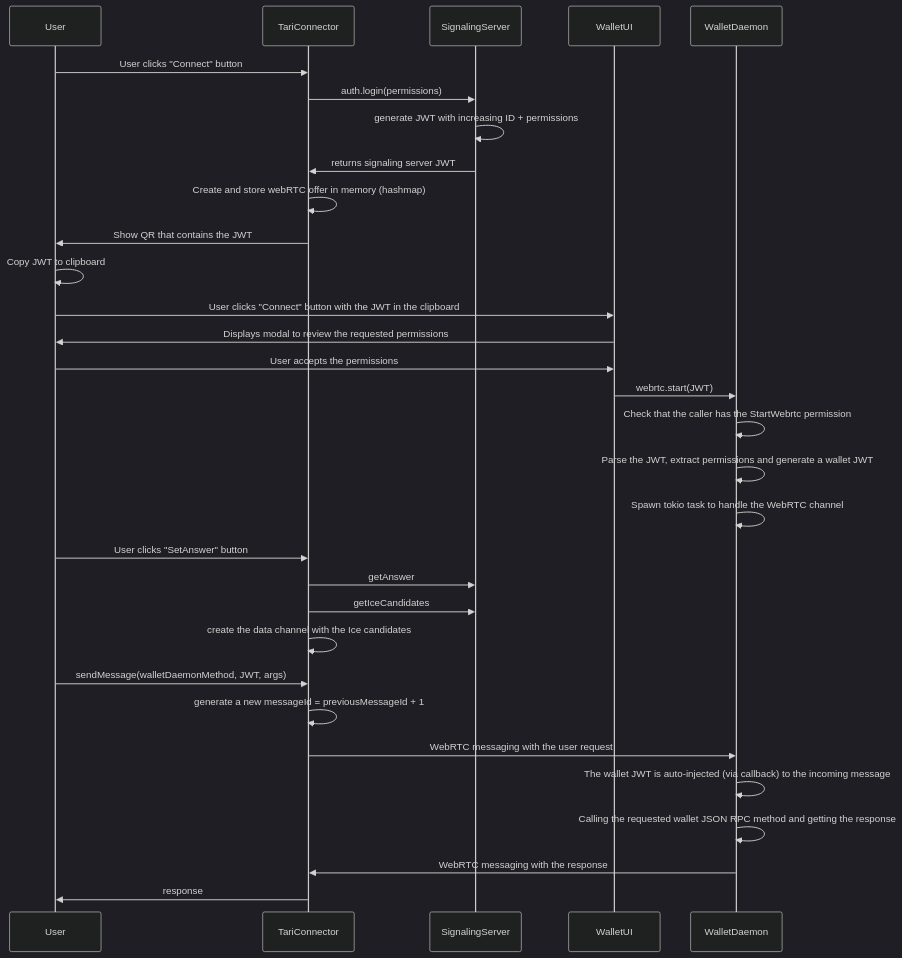
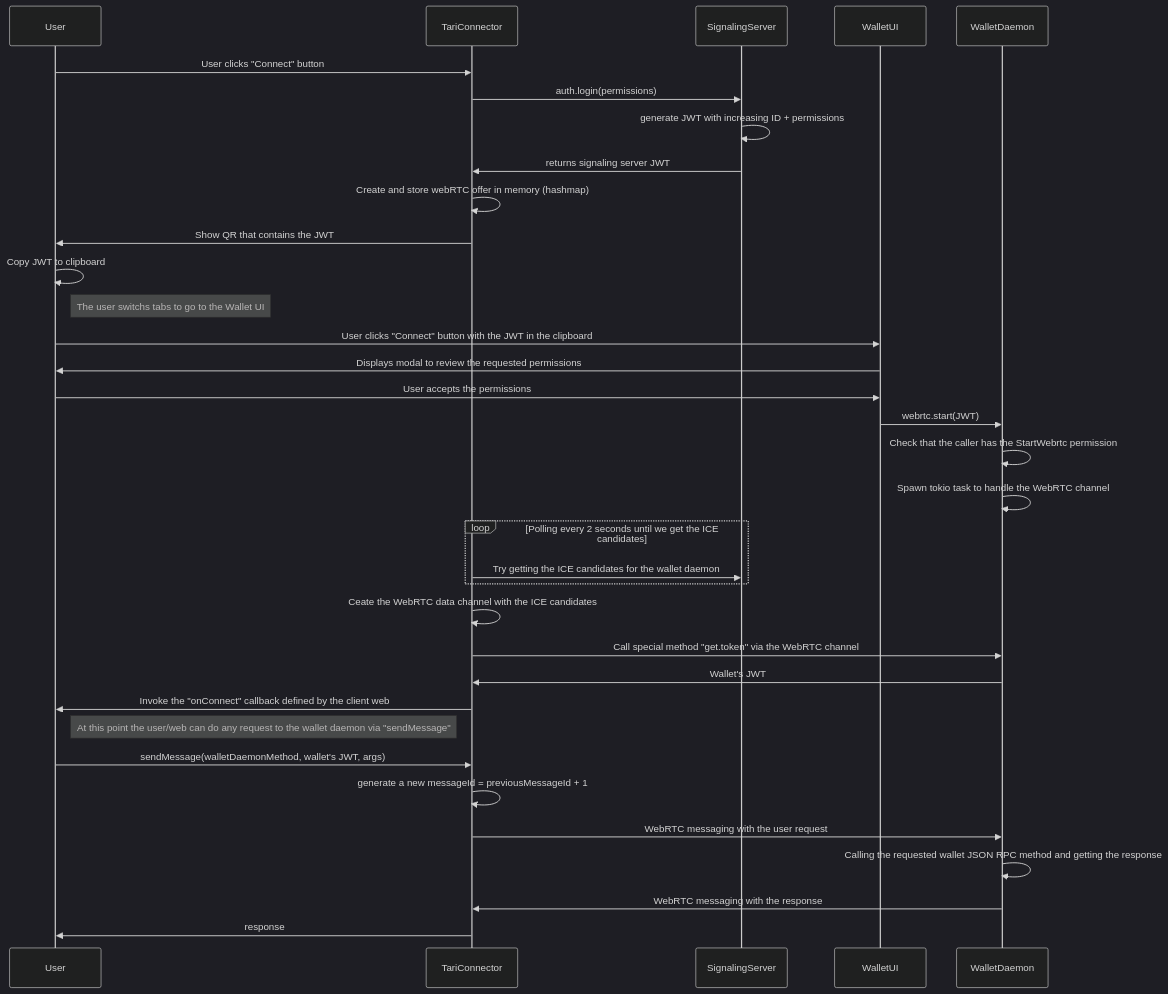
The diagram in docs/wallet_sequence_diagram.md (tari-project/tari-dan), drawn with Mermaid (dark theme) before and after one commit.

Commit message:
docs: adapt web-wallet diagram to tari-connector changes (#696)
Description
---
Updated the web-wallet sequence diagram to reflect the latest
`tari-connector` changes

Motivation and Context
---
Recently there has been some major changes to the way `tari-connector`
operates:
* https://github.com/tari-project/tari-connector/pull/9
* https://github.com/tari-project/tari-connector/pull/10

The goal of this PR is to update the sequence diagram of the web-wallet
interaction to reflect the new flow.

How Has This Been Tested?
---
Testing does not apply

What process can a PR reviewer use to test or verify this change?
---
Check that the sequence diagram is accurate

Breaking Changes
---
- [x] None
- [ ] Requires data directory to be deleted
- [ ] Other - Please specify

````diff
--- a/docs/wallet_sequence_diagram.md
+++ b/docs/wallet_sequence_diagram.md
@@ -3,37 +3,42 @@
 ```mermaid
 sequenceDiagram
 participant User
 participant TariConnector
 participant SignalingServer
 participant WalletUI
 participant WalletDaemon
 
 User->>TariConnector: User clicks "Connect" button
 TariConnector->>SignalingServer: auth.login(permissions)
 SignalingServer->>SignalingServer: generate JWT with increasing ID + permissions
 SignalingServer->>TariConnector: returns signaling server JWT
 TariConnector->>TariConnector: Create and store webRTC offer in memory (hashmap)
 TariConnector->>User: Show QR that contains the JWT 
 User->>User: Copy JWT to clipboard
 
+note right of User: The user switchs tabs to go to the Wallet UI
+
 User->>WalletUI: User clicks "Connect" button with the JWT in the clipboard
 WalletUI->>User: Displays modal to review the requested permissions
 User->>WalletUI: User accepts the permissions
 WalletUI->>WalletDaemon: webrtc.start(JWT)
 WalletDaemon->>WalletDaemon: Check that the caller has the StartWebrtc permission
-WalletDaemon->>WalletDaemon: Parse the JWT, extract permissions and generate a wallet JWT
 WalletDaemon->>WalletDaemon: Spawn tokio task to handle the WebRTC channel
 
-User->>TariConnector: User clicks "SetAnswer" button
-TariConnector->>SignalingServer: getAnswer
-TariConnector->>SignalingServer: getIceCandidates
-TariConnector->>TariConnector: create the data channel with the Ice candidates
+loop Polling every 2 seconds until we get the ICE candidates
+    TariConnector->>SignalingServer: Try getting the ICE candidates for the wallet daemon
+end
+TariConnector->>TariConnector: Ceate the WebRTC data channel with the ICE candidates
+TariConnector->>WalletDaemon: Call special method "get.token" via the WebRTC channel
+WalletDaemon->>TariConnector: Wallet's JWT
+TariConnector->>User: Invoke the "onConnect" callback defined by the client web
 
-User->>TariConnector: sendMessage(walletDaemonMethod, JWT, args)
+note right of User: At this point the user/web can do any request to the wallet daemon via "sendMessage"
+
+User->>TariConnector: sendMessage(walletDaemonMethod, wallet's JWT, args)
 TariConnector->>TariConnector: generate a new messageId = previousMessageId + 1
 TariConnector->>WalletDaemon: WebRTC messaging with the user request
-WalletDaemon->>WalletDaemon: The wallet JWT is auto-injected (via callback) to the incoming message
 WalletDaemon->>WalletDaemon: Calling the requested wallet JSON RPC method and getting the response
 WalletDaemon->>TariConnector: WebRTC messaging with the response
 TariConnector->>User: response
 ```
````
